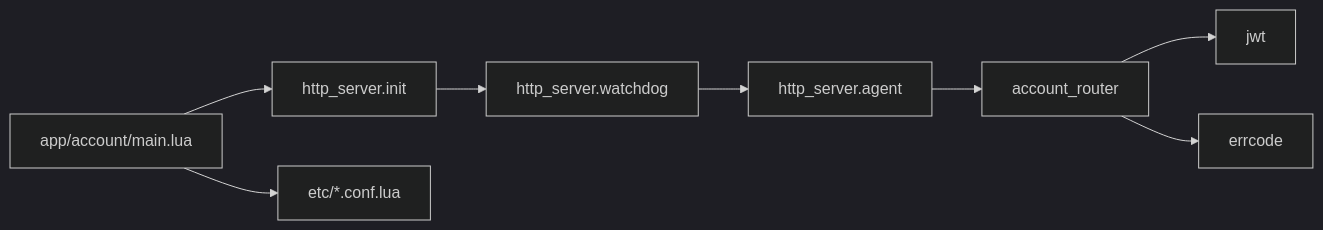
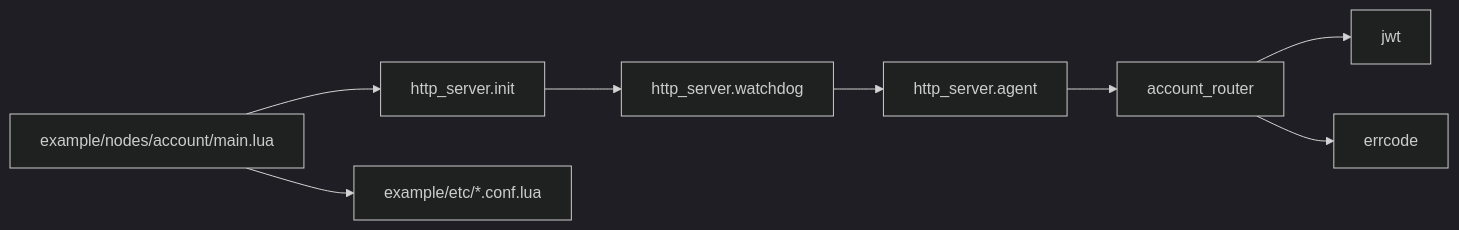
One commit to hanxi/skyext changed the seventh of 7 diagrams in docs/repowiki/zh/content/核心模块/HTTP 服务器/HTTP 服务器.md. Above: the diagram before and after it, drawn with Mermaid (dark theme). The commit also changed other lines of this file and 117 other files, not shown here.

````diff
--- a/docs/repowiki/zh/content/核心模块/HTTP 服务器/HTTP 服务器.md
+++ b/docs/repowiki/zh/content/核心模块/HTTP 服务器/HTTP 服务器.md
@@ -275,10 +275,10 @@
 ```mermaid
 graph LR
-App["app/account/main.lua"] --> Init["http_server.init"]
+App["example/nodes/account/main.lua"] --> Init["http_server.init"]
 Init --> WD["http_server.watchdog"]
 WD --> AG["http_server.agent"]
 AG --> RT["account_router"]
 RT --> JWT["jwt"]
 RT --> EC["errcode"]
-App --> CFG["etc/*.conf.lua"]
+App --> CFG["example/etc/*.conf.lua"]
 ```
````
